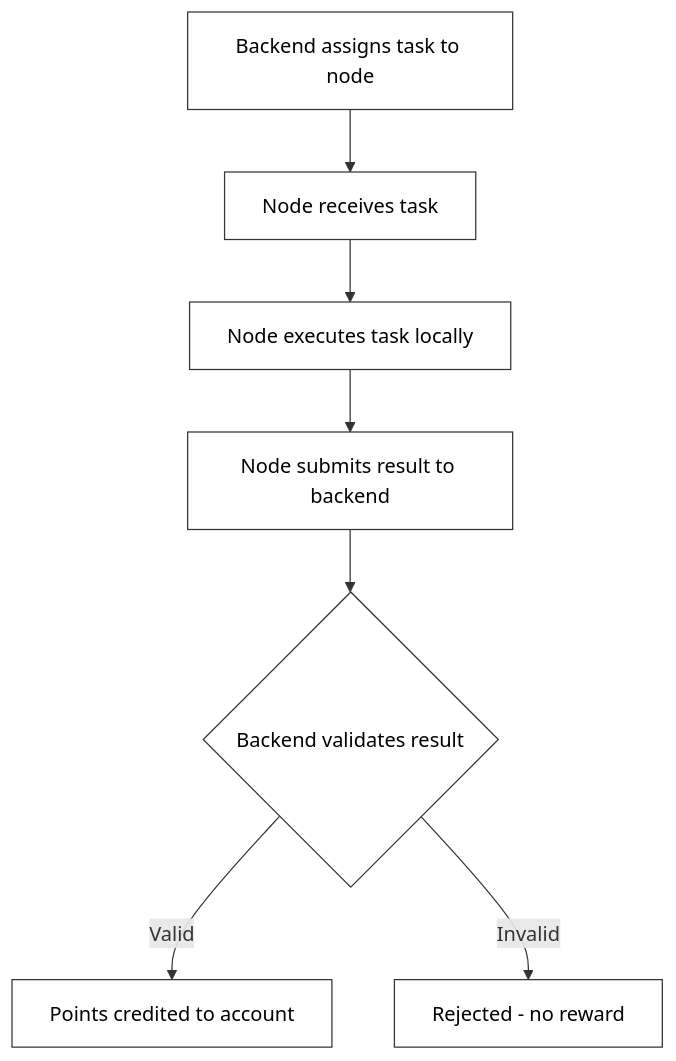
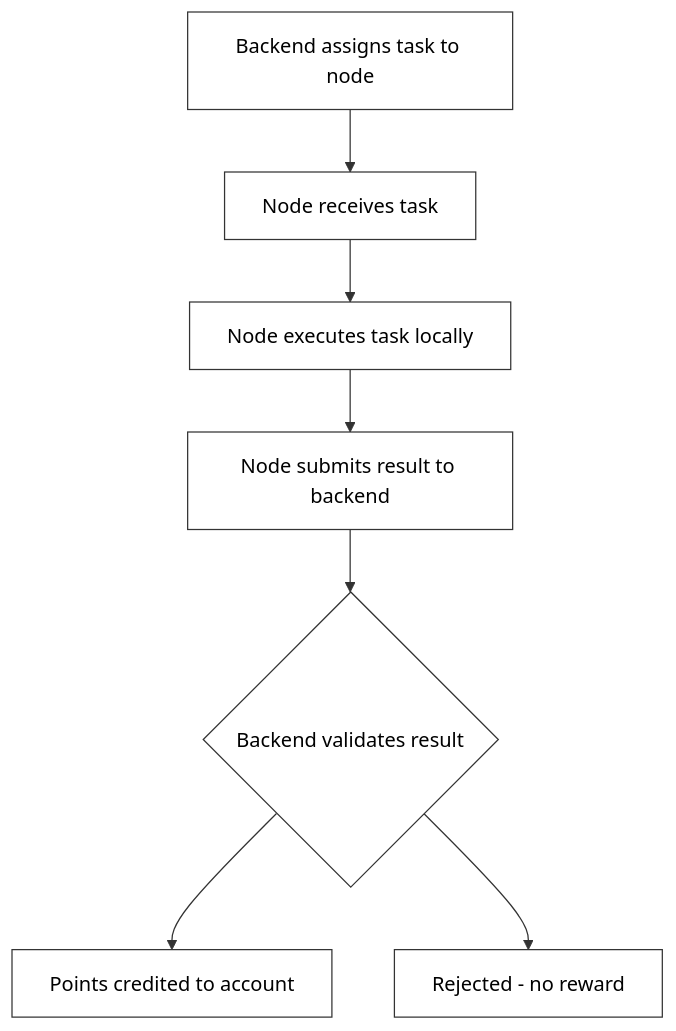
One commit to Nexora-Node/Docs changed the second of 4 diagrams in node-behavior.md. Above: the diagram before and after it, drawn with Mermaid. The commit also changed other lines of this file and 5 other files, not shown here.

````diff
--- a/node-behavior.md
+++ b/node-behavior.md
@@ -39,17 +39,17 @@
 ```mermaid
 flowchart TD
     A[Backend assigns task to node] --> B[Node receives task]
     B --> C[Node executes task locally]
     C --> D[Node submits result to backend]
     D --> E{Backend validates result}
-    E -->|Valid| F[Points credited to account]
-    E -->|Invalid| G[Rejected - no reward]
+    E --> F[Points credited to account]
+    E --> G[Rejected - no reward]
 
     style A fill:#fff,stroke:#333,color:#000
     style B fill:#fff,stroke:#333,color:#000
     style C fill:#fff,stroke:#333,color:#000
     style D fill:#fff,stroke:#333,color:#000
     style E fill:#fff,stroke:#333,color:#000
     style F fill:#fff,stroke:#333,color:#000
     style G fill:#fff,stroke:#333,color:#000
 ```
````
